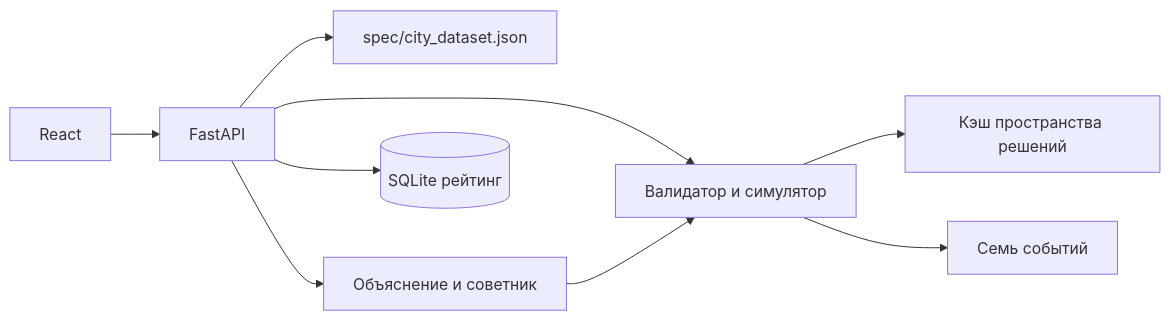
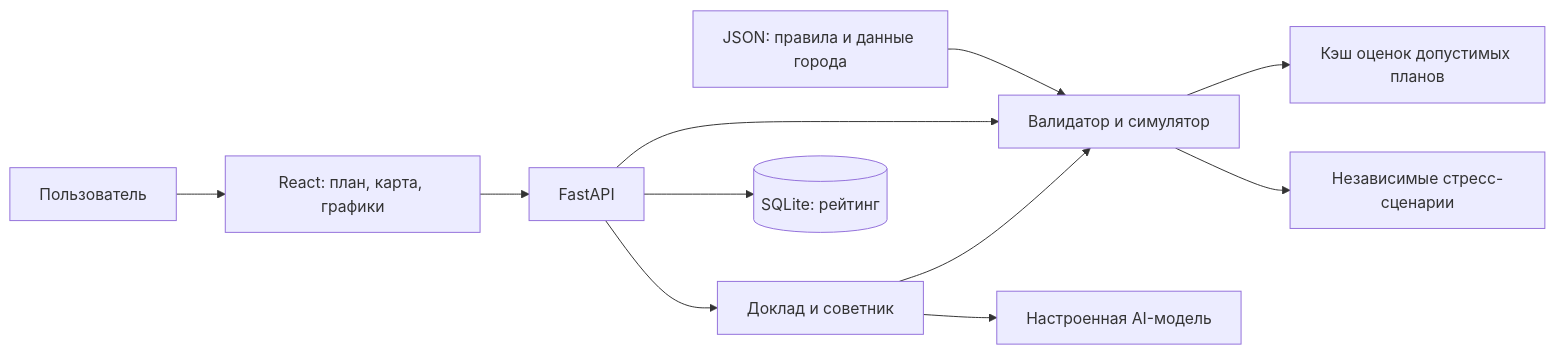
Before and after one commit to BAITC-Hacks/hack-c4d4b101-skiter: the diagram in README.md, drawn with Mermaid. The commit also changed other lines of this file and 11 other files, not shown here.

````diff
--- a/README.md
+++ b/README.md
@@ -51,11 +55,13 @@
 ```mermaid
 flowchart LR
-  UI[React] --> API[FastAPI]
-  API --> D[spec/city_dataset.json]
-  API --> E[Валидатор и симулятор]
-  E --> S[Кэш пространства решений]
-  E --> V[Семь событий]
-  API --> A[Объяснение и советник]
-  A --> E
-  API --> DB[(SQLite рейтинг)]
+    User[Пользователь] --> UI[React: план, карта, графики]
+    UI --> API[FastAPI]
+    Data[JSON: правила и данные города] --> Engine[Валидатор и симулятор]
+    API --> Engine
+    Engine --> Space[Кэш оценок допустимых планов]
+    Engine --> Events[Независимые стресс-сценарии]
+    API --> AI[Доклад и советник]
+    AI --> LLM[Настроенная AI-модель]
+    AI --> Engine
+    API --> DB[(SQLite: рейтинг)]
 ```
````
